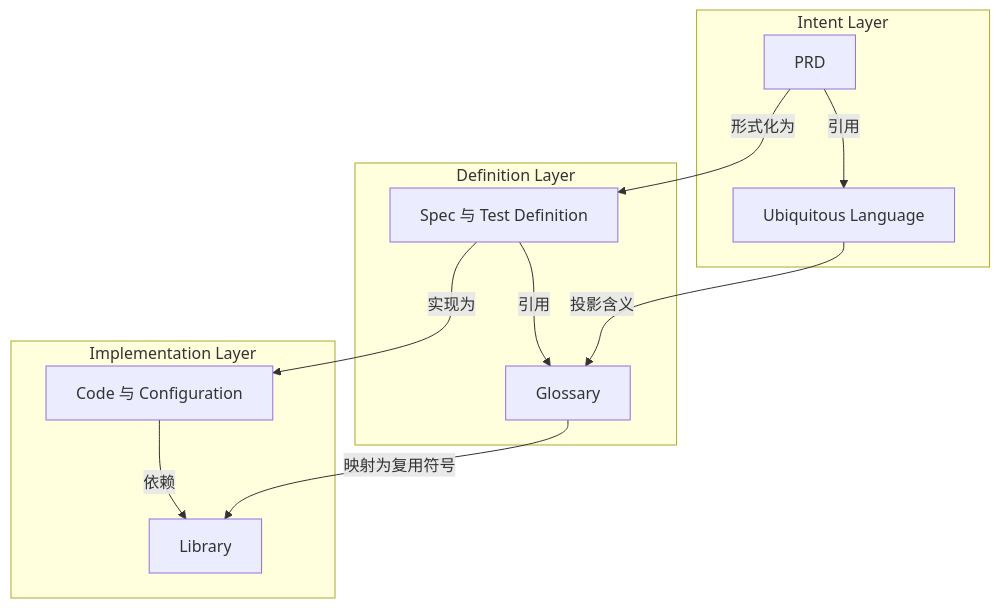
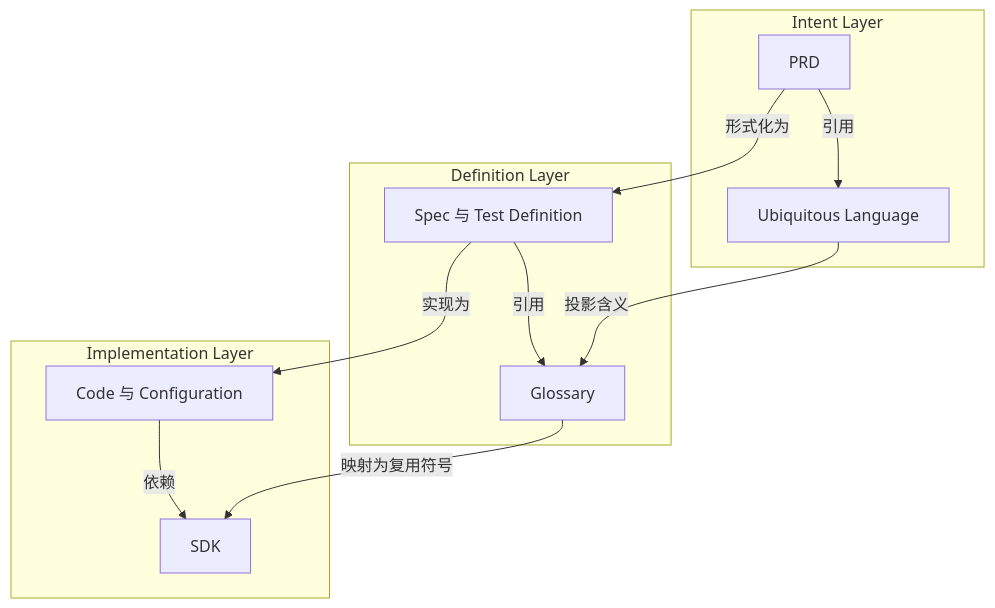
The diagram in docs/position/zh/01_reference_and_subject_across_three_layers.md (IndenScale/docs-hygiene), drawn with Mermaid before and after one commit. The commit also changed other lines of this file and 25 other files, not shown here.

Commit message:
feat: establish three-layer governance architecture

````diff
--- a/docs/position/zh/01_reference_and_subject_across_three_layers.md
+++ b/docs/position/zh/01_reference_and_subject_across_three_layers.md
@@ -27,25 +29,25 @@
 ```mermaid
 flowchart TB
     subgraph Intent[Intent Layer]
         UL[Ubiquitous Language]
         PRD[PRD]
         PRD -->|引用| UL
     end
 
     subgraph Definition[Definition Layer]
         Glossary[Glossary]
         Spec[Spec 与 Test Definition]
         Spec -->|引用| Glossary
     end
 
     subgraph Implementation[Implementation Layer]
-        Library[Library]
+        SDK[SDK]
         Code[Code 与 Configuration]
-        Code -->|依赖| Library
+        Code -->|依赖| SDK
     end
 
     UL -->|投影含义| Glossary
-    Glossary -->|映射为复用符号| Library
+    Glossary -->|映射为复用符号| SDK
     PRD -->|形式化为| Spec
     Spec -->|实现为| Code
 ```
````
